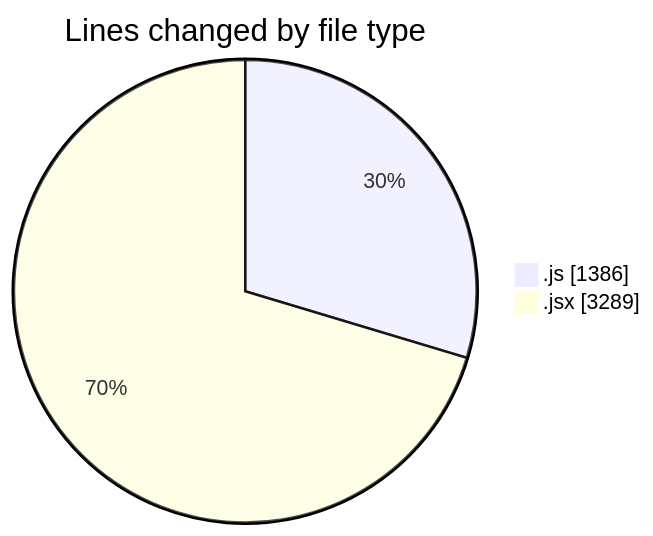
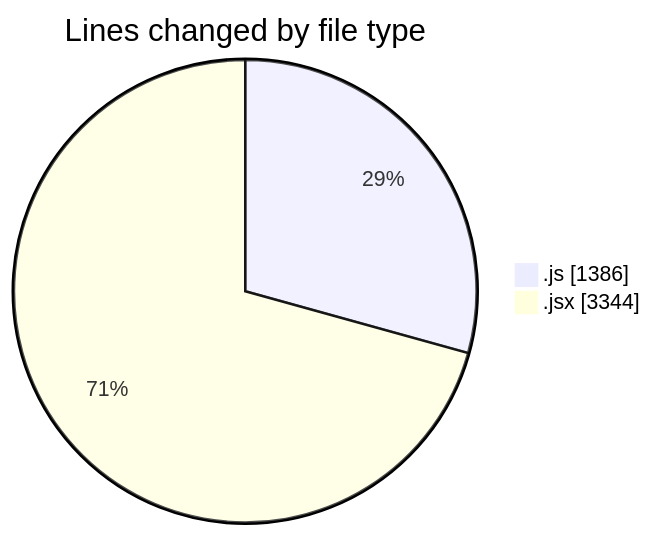
The first of 2 diagrams in 2025-07-29/nxtqube_webapp/README.md (nxtqubesakshisongat/code-tracking), drawn with Mermaid before and after one commit. The commit also changed other lines of this file and 1 other file, not shown here.

````diff
--- a/2025-07-29/nxtqube_webapp/README.md
+++ b/2025-07-29/nxtqube_webapp/README.md
@@ -31,6 +31,6 @@
 ```mermaid
 pie showData
 title Lines changed by file type
 ".js" : 1386
-".jsx" : 3289
+".jsx" : 3344
 ```
````
